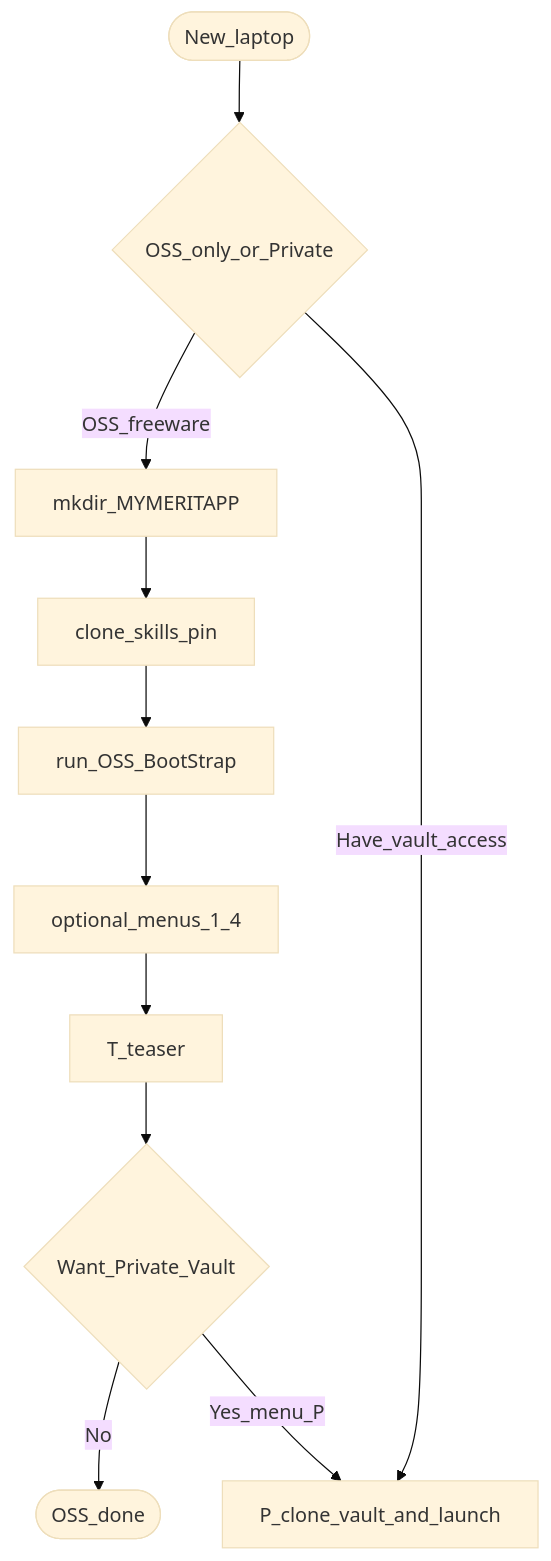
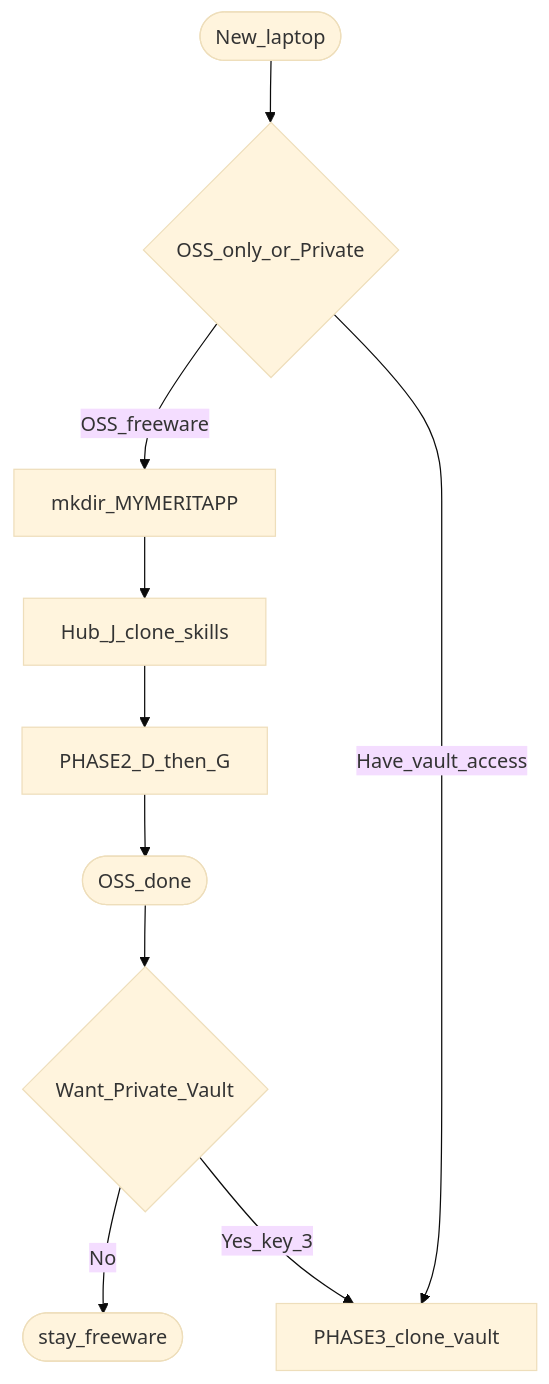
One commit to AgentDraven/merit-agent-skills changed the diagram in docs/bootstrap_pathway.md. Above: the diagram before and after it, drawn with Mermaid (base theme). The commit also changed other lines of this file and 11 other files, not shown here.

Commit message:
feat: retire leftover live OSS BootStrap copy (skills-v0.5.13)

````diff
--- a/docs/bootstrap_pathway.md
+++ b/docs/bootstrap_pathway.md
@@ -21,15 +19,14 @@
 ```mermaid
 flowchart TD
   start([New_laptop]) --> ossOrPriv{OSS_only_or_Private}
 
   ossOrPriv -->|OSS_freeware| ossA[mkdir_MYMERITAPP]
-  ossA --> ossB[clone_skills_pin]
-  ossB --> ossC[run_OSS_BootStrap]
-  ossC --> ossD[optional_menus_1_4]
-  ossD --> ossT[T_teaser]
-  ossT --> wantPriv{Want_Private_Vault}
-  wantPriv -->|No| ossDone([OSS_done])
-  wantPriv -->|Yes_menu_P| handoff[P_clone_vault_and_launch]
+  ossA --> ossB[Hub_J_clone_skills]
+  ossB --> ossC[PHASE2_D_then_G]
+  ossC --> ossDone([OSS_done])
+  ossDone --> wantPriv{Want_Private_Vault}
+  wantPriv -->|No| stayOss([stay_freeware])
+  wantPriv -->|Yes_key_3| handoff[PHASE3_clone_vault]
 
   ossOrPriv -->|Have_vault_access| handoff
 ```
````
